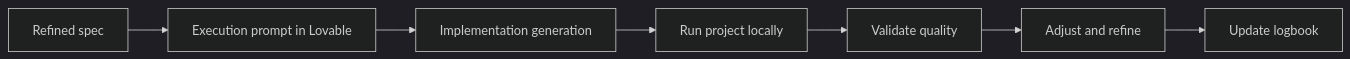
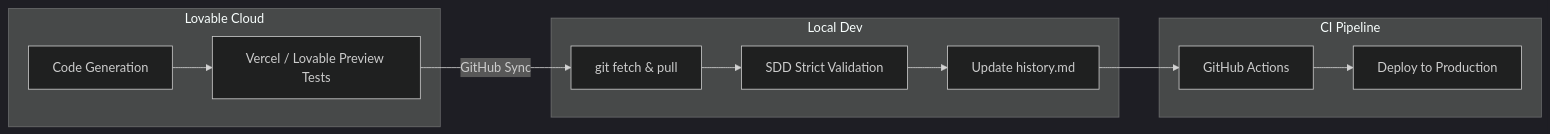
Before and after one commit to juanklagos/spec-driven-development-template: the third of 3 diagrams in docs/en/17-working-with-lovable.md, drawn with Mermaid (dark theme). The commit also changed other lines of this file and 1 other file, not shown here.

Commit message:
docs: fully expand lovable guides into 3 levels with diagrams

````diff
--- a/docs/en/17-working-with-lovable.md
+++ b/docs/en/17-working-with-lovable.md
@@ -70,9 +145,16 @@
 ```mermaid
 flowchart LR
-  A["Refined spec"] --> B["Execution prompt in Lovable"]
-  B --> C["Implementation generation"]
-  C --> D["Run project locally"]
-  D --> E["Validate quality"]
-  E --> F["Adjust and refine"]
-  F --> G["Update logbook"]
+    subgraph Lovable Cloud
+    A[Code Generation] --> B[Vercel / Lovable Preview Tests]
+    end
+    subgraph Local Dev
+    C[git fetch & pull] --> D[SDD Strict Validation]
+    D --> E[Update history.md]
+    end
+    subgraph CI Pipeline
+    F[GitHub Actions] --> G[Deploy to Production]
+    end
+    
+    B -- GitHub Sync --> C
+    E --> F
 ```
````
